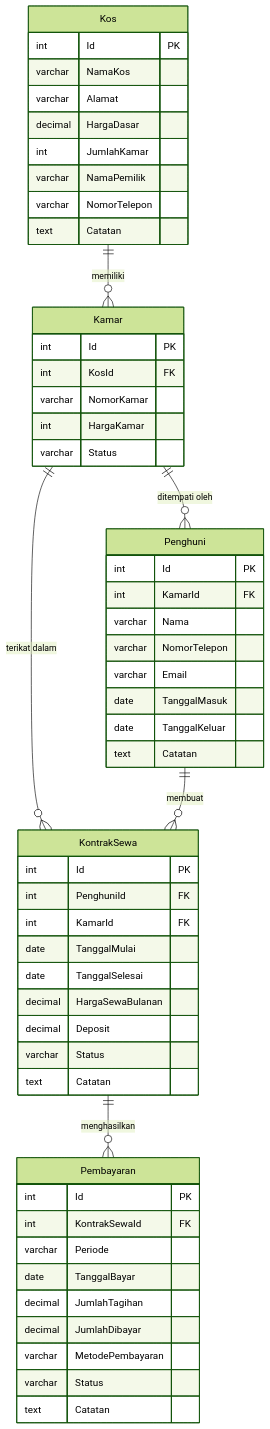
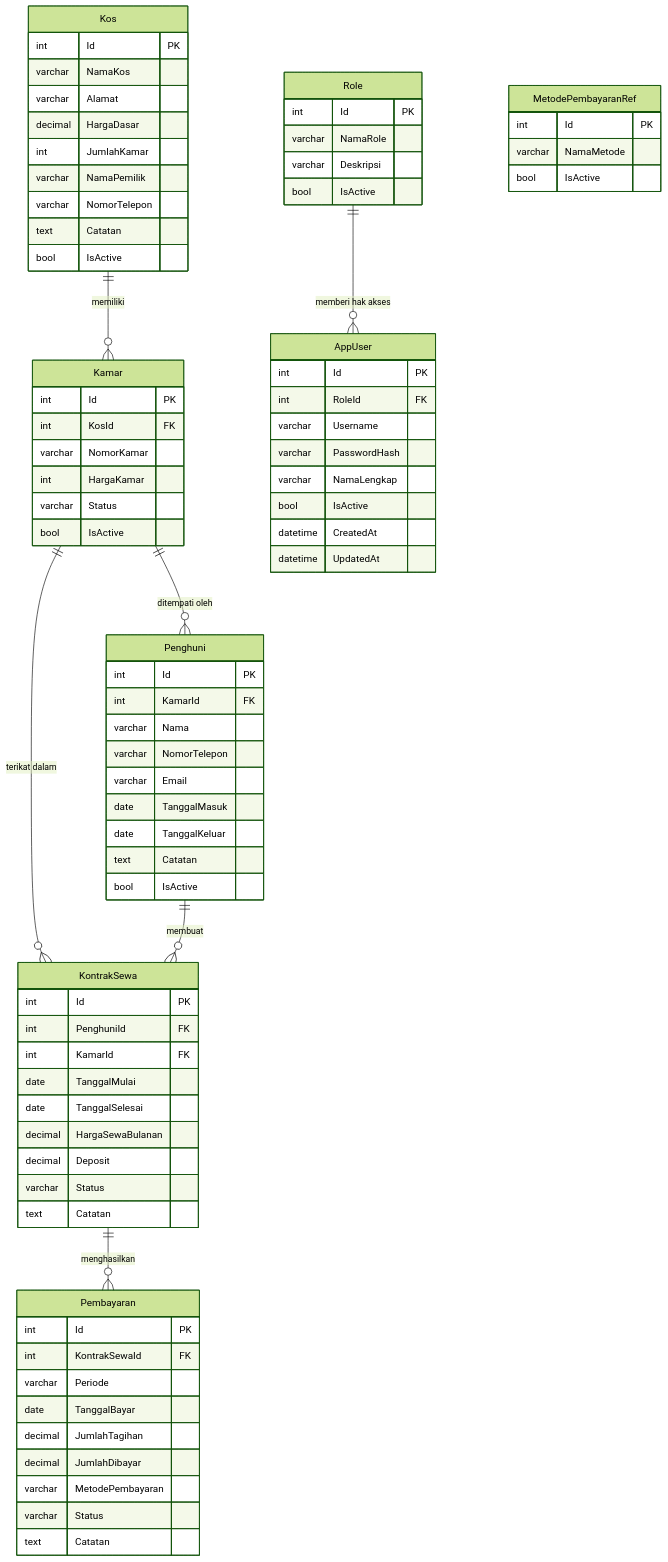
One commit to kpl-rpl/management-kos changed the first of 12 diagrams in DIAGRAM.md. Above: the diagram before and after it, drawn with Mermaid (forest theme). The commit also changed other lines of this file and 13 other files, not shown here.

````diff
--- a/DIAGRAM.md
+++ b/DIAGRAM.md
@@ -13,6 +13,7 @@
         varchar NamaPemilik
         varchar NomorTelepon
         text Catatan
+        bool IsActive
     }
 
     Kamar {
@@ -21,6 +22,7 @@
         varchar NomorKamar
         int HargaKamar
         varchar Status
+        bool IsActive
     }
 
     Penghuni {
@@ -32,6 +34,7 @@
         date TanggalMasuk
         date TanggalKeluar
         text Catatan
+        bool IsActive
     }
 
     KontrakSewa {
@@ -58,9 +61,34 @@
         text Catatan
     }
 
+    Role {
+        int Id PK
+        varchar NamaRole
+        varchar Deskripsi
+        bool IsActive
+    }
+
+    AppUser {
+        int Id PK
+        int RoleId FK
+        varchar Username
+        varchar PasswordHash
+        varchar NamaLengkap
+        bool IsActive
+        datetime CreatedAt
+        datetime UpdatedAt
+    }
+
+    MetodePembayaranRef {
+        int Id PK
+        varchar NamaMetode
+        bool IsActive
+    }
+
     Kos ||--o{ Kamar : "memiliki"
     Kamar ||--o{ Penghuni : "ditempati oleh"
     Kamar ||--o{ KontrakSewa : "terikat dalam"
     Penghuni ||--o{ KontrakSewa : "membuat"
     KontrakSewa ||--o{ Pembayaran : "menghasilkan"
+    Role ||--o{ AppUser : "memberi hak akses"
 ```
````
